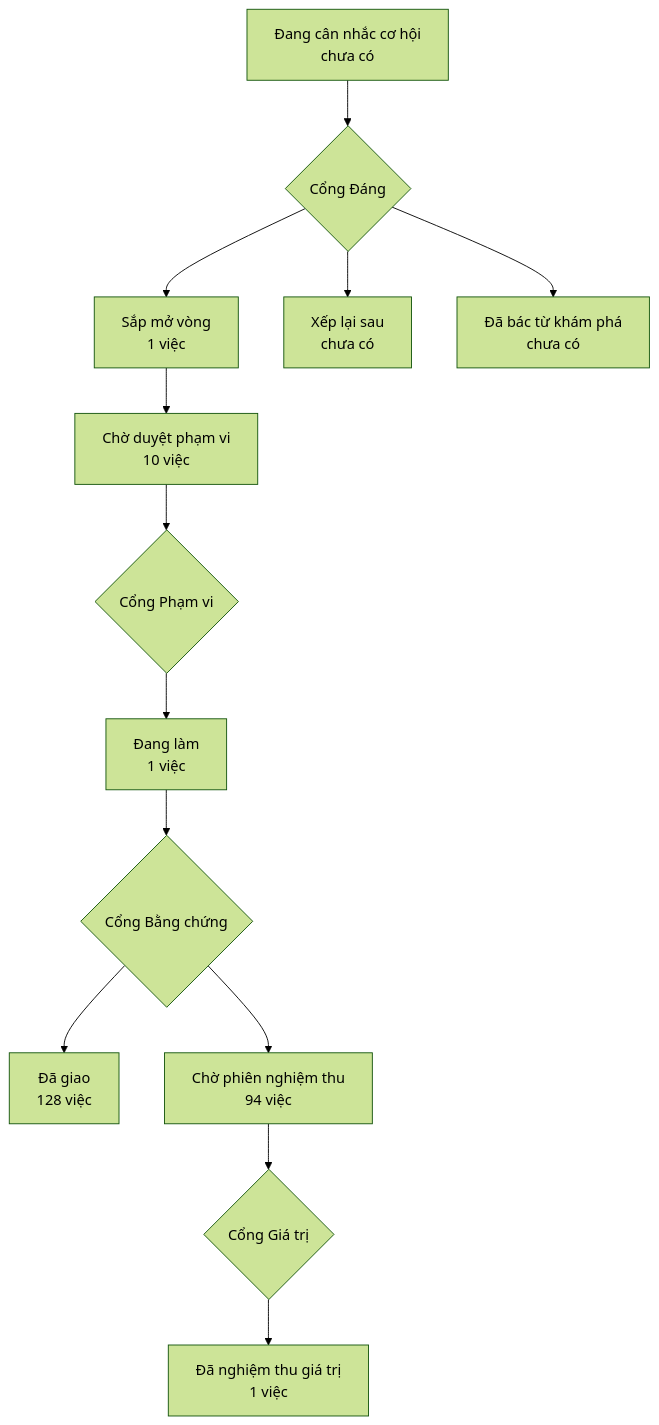
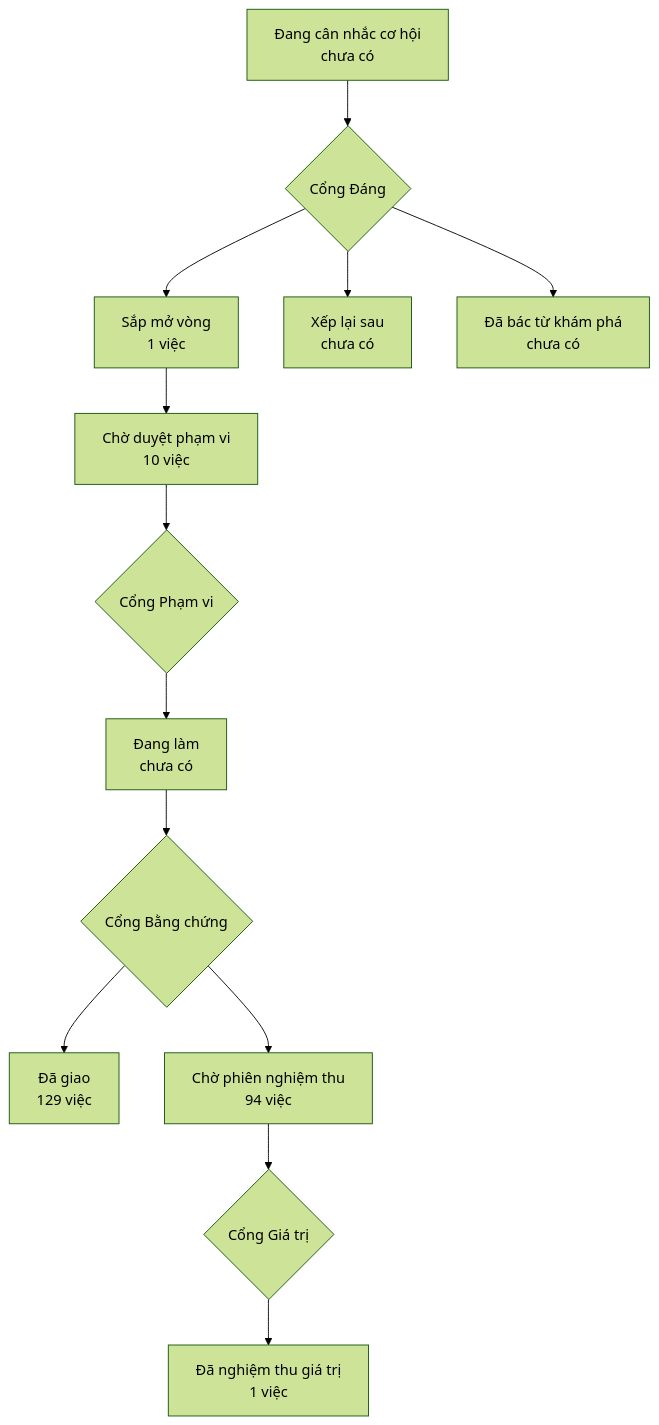
The diagram in PRODUCT-MAP.md (phanlemanh/onehub-invest), drawn with Mermaid (forest theme) before and after one commit. The commit also changed other lines of this file and 4 other files, not shown here.

````diff
--- a/PRODUCT-MAP.md
+++ b/PRODUCT-MAP.md
@@ -7,12 +7,12 @@
 ```mermaid
 flowchart TD
   A["Đang cân nhắc cơ hội<br/>chưa có"] --> GD{"Cổng Đáng"}
   GD --> B["Sắp mở vòng<br/>1 việc"]
   GD --> XL["Xếp lại sau<br/>chưa có"]
   GD --> DB["Đã bác từ khám phá<br/>chưa có"]
   B --> CD["Chờ duyệt phạm vi<br/>10 việc"] --> GP{"Cổng Phạm vi"}
-  GP --> DL["Đang làm<br/>1 việc"] --> GB{"Cổng Bằng chứng"}
-  GB --> DG["Đã giao<br/>128 việc"]
+  GP --> DL["Đang làm<br/>chưa có"] --> GB{"Cổng Bằng chứng"}
+  GB --> DG["Đã giao<br/>129 việc"]
   GB --> CN["Chờ phiên nghiệm thu<br/>94 việc"] --> GG{"Cổng Giá trị"}
   GG --> NT["Đã nghiệm thu giá trị<br/>1 việc"]
 ```
````
